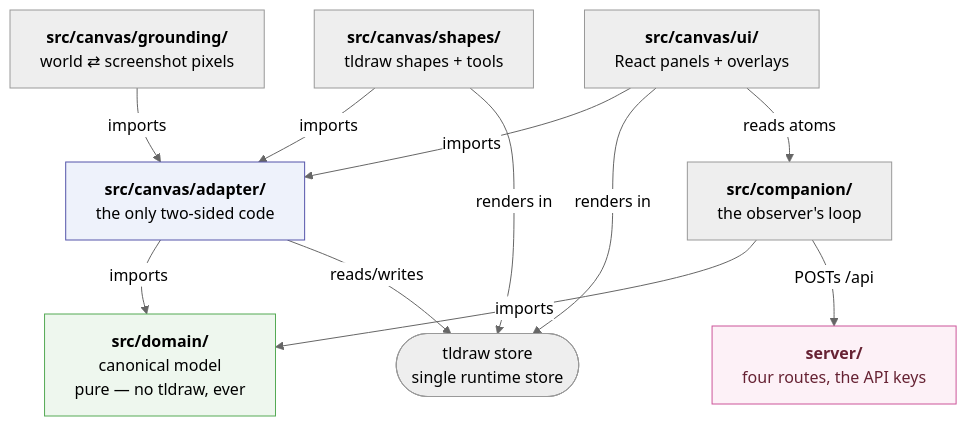
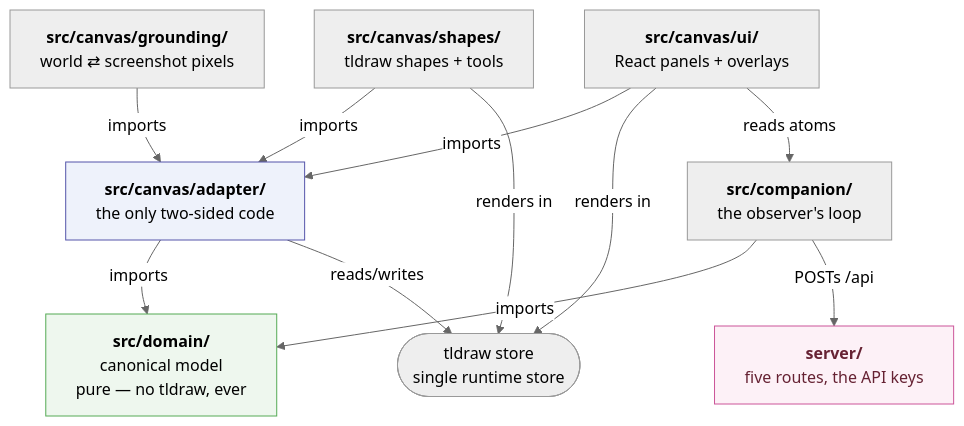
Before and after one commit to merdemkoc/llm-spatial-context: the first of 3 diagrams in CODEMAP.md, drawn with Mermaid (neutral theme). The commit also changed other lines of this file and 4 other files, not shown here.

````diff
--- a/CODEMAP.md
+++ b/CODEMAP.md
@@ -40,29 +40,29 @@
 ```mermaid
 graph TD
     domain["<b>src/domain/</b><br/>canonical model<br/>pure — no tldraw, ever"]
     adapter["<b>src/canvas/adapter/</b><br/>the only two-sided code"]
     shapes["<b>src/canvas/shapes/</b><br/>tldraw shapes + tools"]
     grounding["<b>src/canvas/grounding/</b><br/>world ⇄ screenshot pixels"]
     ui["<b>src/canvas/ui/</b><br/>React panels + overlays"]
     companion["<b>src/companion/</b><br/>the observer's loop"]
-    server["<b>server/</b><br/>four routes, the API keys"]
+    server["<b>server/</b><br/>five routes, the API keys"]
     tldraw(["tldraw store<br/>single runtime store"])
 
     ui -->|imports| adapter
     shapes -->|imports| adapter
     grounding -->|imports| adapter
     companion -->|imports| domain
     companion -->|"POSTs /api"| server
     adapter -->|imports| domain
     adapter -->|reads/writes| tldraw
     shapes -->|renders in| tldraw
     ui -->|renders in| tldraw
     ui -->|reads atoms| companion
 
     classDef pure fill:#eef7ee,stroke:#5a5;
     classDef bridge fill:#eef2fb,stroke:#55a;
     classDef remote fill:#fdf1f7,stroke:#c59,color:#623;
     class domain pure;
     class adapter bridge;
     class server remote;
 ```
````
